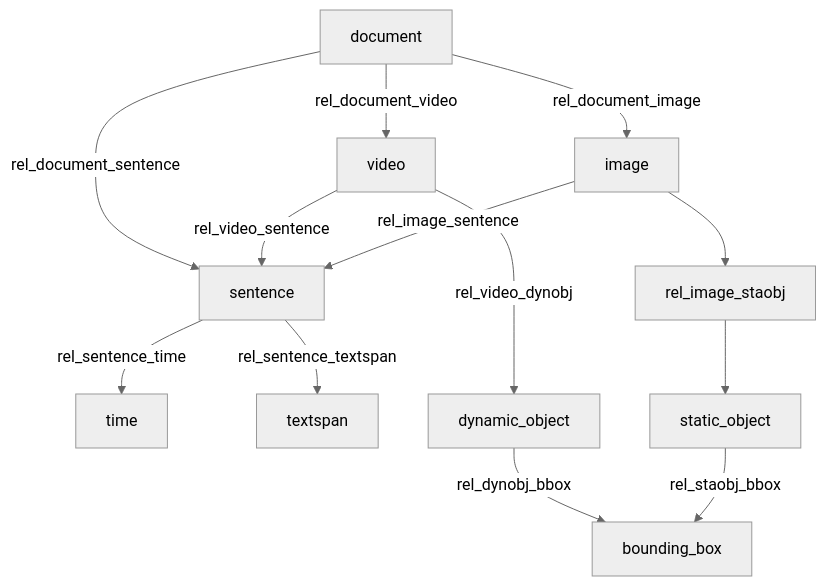
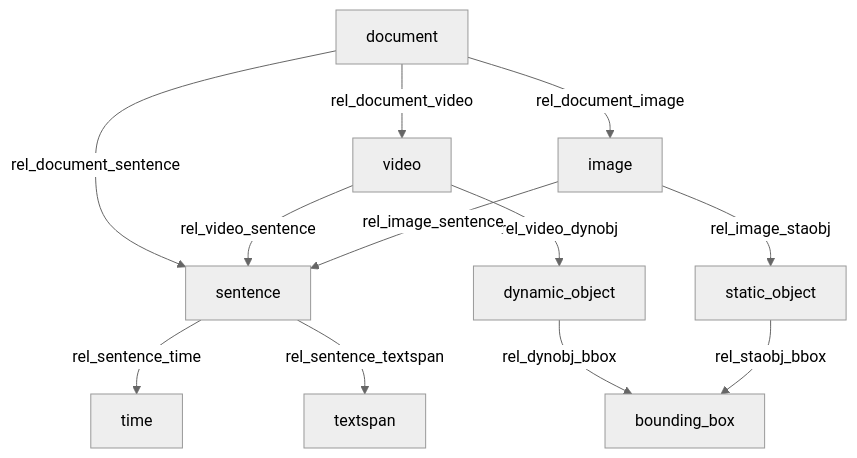
One commit to FrameNetBrasil/dbdoc changed the diagram in content/models/webtool/Diagrams.md. Above: the diagram before and after it, drawn with Mermaid (neutral theme). The commit also changed 14 other files, not shown here.

````diff
--- a/content/models/webtool/Diagrams.md
+++ b/content/models/webtool/Diagrams.md
@@ -2,15 +2,15 @@
 ```mermaid
 flowchart TB
 	sentence -- rel_sentence_time --> time
 	sentence -- rel_sentence_textspan --> textspan
 	document -- rel_document_sentence --> sentence
 	document -- rel_document_video --> video
 	document -- rel_document_image --> image
 	video -- rel_video_sentence --> sentence
 	video -- rel_video_dynobj --> dynamic_object
 	dynamic_object -- rel_dynobj_bbox --> bounding_box
 	static_object -- rel_staobj_bbox --> bounding_box
-	image --> rel_image_staobj --> static_object
+	image -- rel_image_staobj --> static_object
 	image -- rel_image_sentence --> sentence
 
 ```
````
